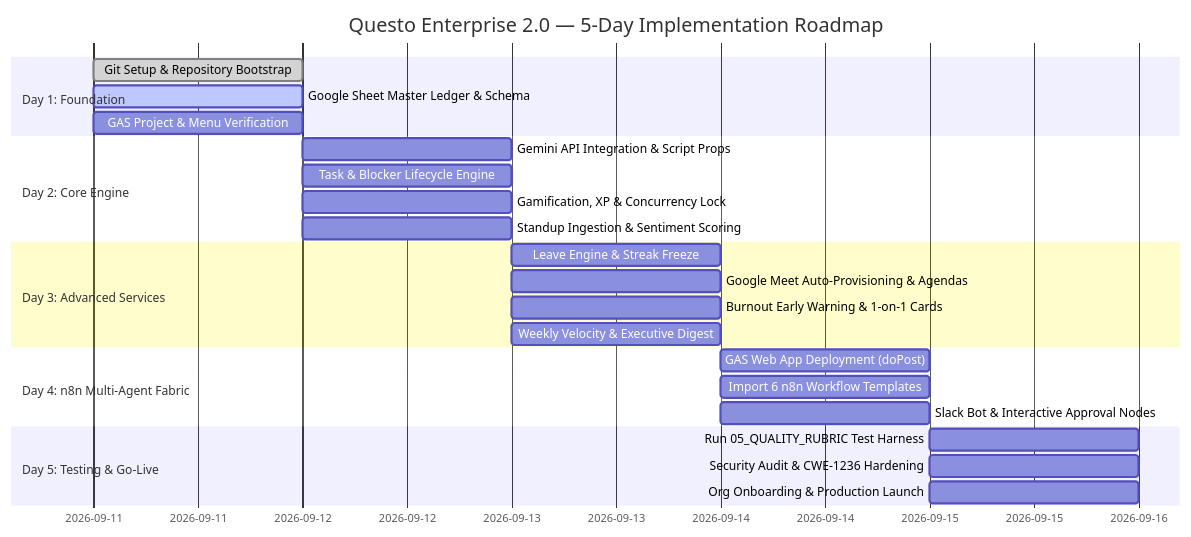
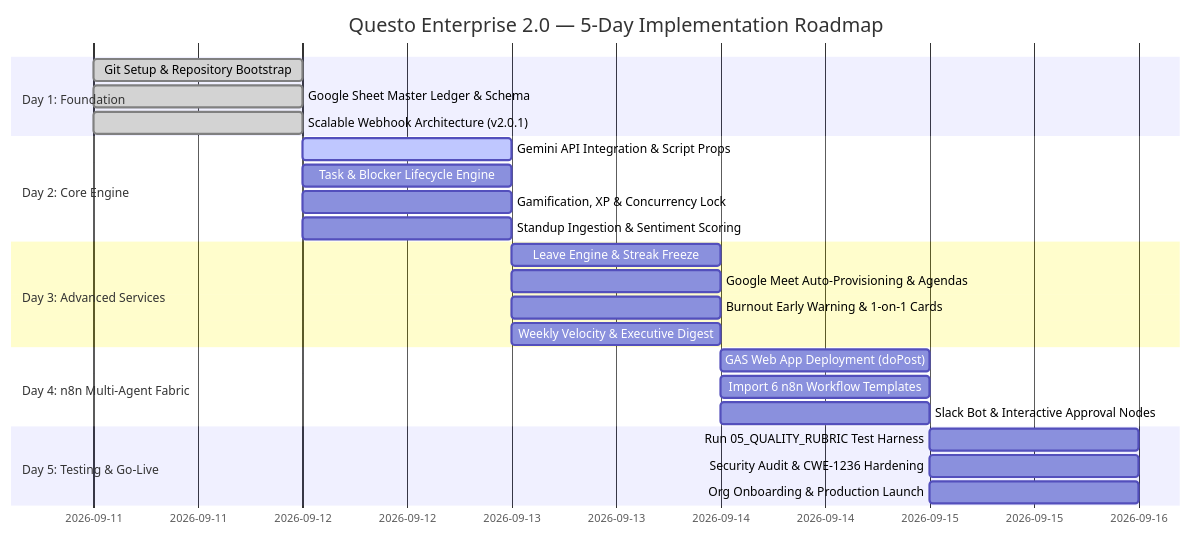
Before and after one commit to Atofinite5/QuestO: the diagram in questo/00_5_DAY_ROADMAP.md, drawn with Mermaid. The commit also changed other lines of this file, not shown here.

Commit message:
docs(roadmap): mark Phase 1 COMPLETED and activate Phase 2 in live ledger

````diff
--- a/questo/00_5_DAY_ROADMAP.md
+++ b/questo/00_5_DAY_ROADMAP.md
@@ -23,27 +23,27 @@
 ```mermaid
 gantt
     title Questo Enterprise 2.0 — 5-Day Implementation Roadmap
     dateFormat  YYYY-MM-DD
     section Day 1: Foundation
     Git Setup & Repository Bootstrap       :done, d1_1, 2026-09-11, 1d
-    Google Sheet Master Ledger & Schema    :active, d1_2, 2026-09-11, 1d
-    GAS Project & Menu Verification        :d1_3, 2026-09-11, 1d
+    Google Sheet Master Ledger & Schema    :done, d1_2, 2026-09-11, 1d
+    Scalable Webhook Architecture (v2.0.1) :done, d1_3, 2026-09-11, 1d
     section Day 2: Core Engine
-    Gemini API Integration & Script Props  :d2_1, 2026-09-12, 1d
+    Gemini API Integration & Script Props  :active, d2_1, 2026-09-12, 1d
     Task & Blocker Lifecycle Engine        :d2_2, 2026-09-12, 1d
     Gamification, XP & Concurrency Lock    :d2_3, 2026-09-12, 1d
     Standup Ingestion & Sentiment Scoring  :d2_4, 2026-09-12, 1d
     section Day 3: Advanced Services
     Leave Engine & Streak Freeze           :d3_1, 2026-09-13, 1d
     Google Meet Auto-Provisioning & Agendas:d3_2, 2026-09-13, 1d
     Burnout Early Warning & 1-on-1 Cards   :d3_3, 2026-09-13, 1d
     Weekly Velocity & Executive Digest     :d3_4, 2026-09-13, 1d
     section Day 4: n8n Multi-Agent Fabric
     GAS Web App Deployment (doPost)        :d4_1, 2026-09-14, 1d
     Import 6 n8n Workflow Templates        :d4_2, 2026-09-14, 1d
     Slack Bot & Interactive Approval Nodes :d4_3, 2026-09-14, 1d
     section Day 5: Testing & Go-Live
     Run 05_QUALITY_RUBRIC Test Harness     :d5_1, 2026-09-15, 1d
     Security Audit & CWE-1236 Hardening    :d5_2, 2026-09-15, 1d
     Org Onboarding & Production Launch     :d5_3, 2026-09-15, 1d
 ```
````
